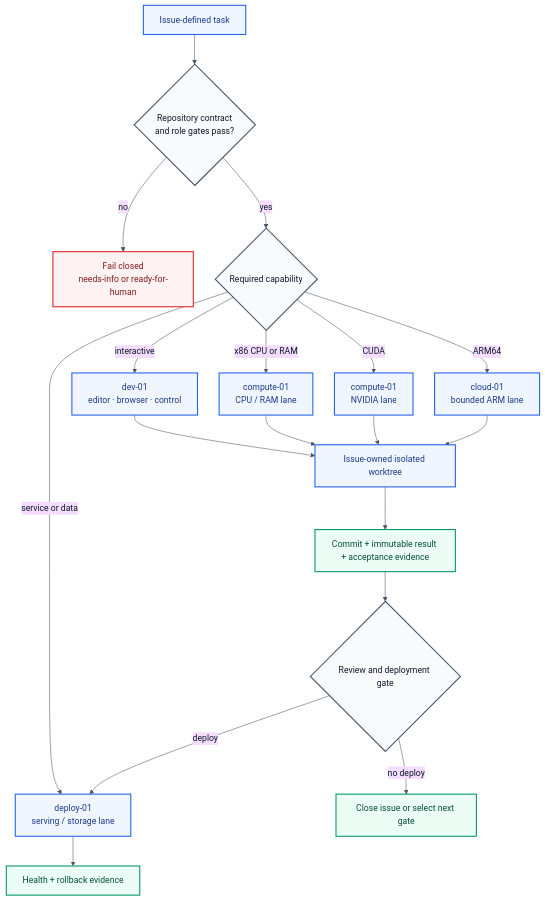
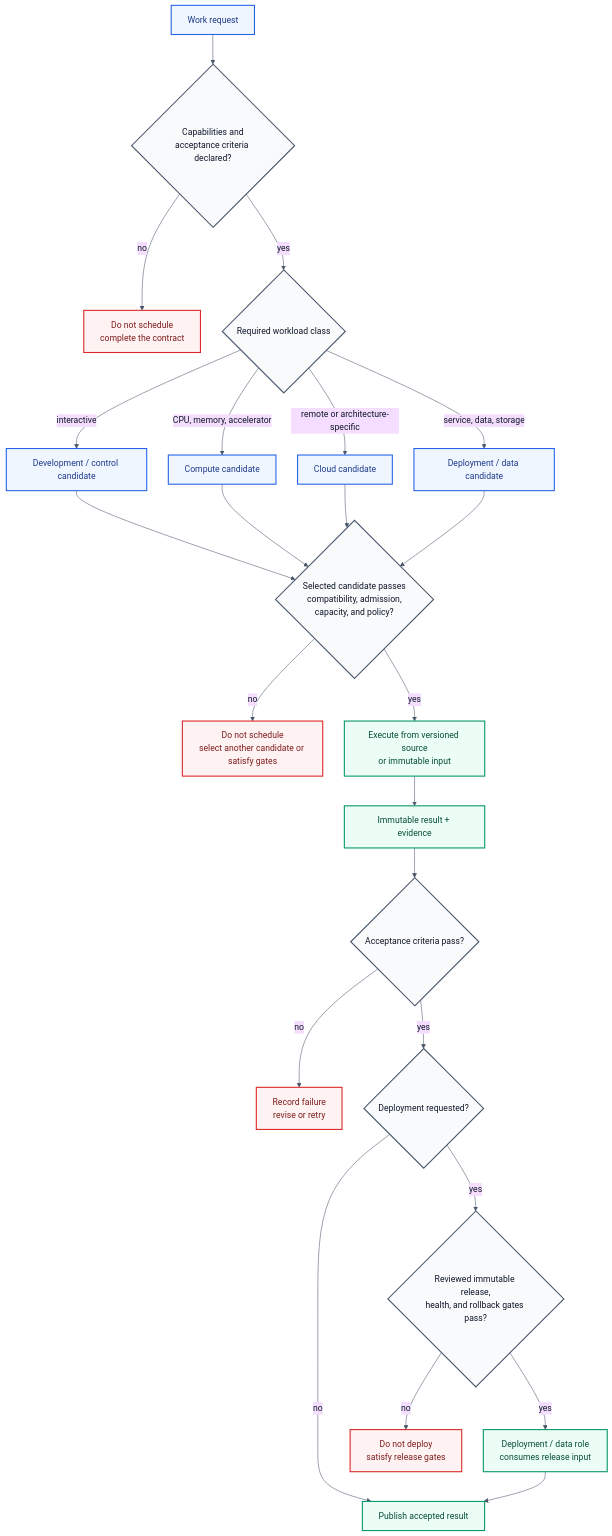
One commit to Kitkitkittt/heterogeneous-compute-fabric changed the diagram in docs/diagrams/workload-routing.mmd. Above: the diagram before and after it, drawn with Mermaid. The commit also changed 72 other files, not shown here.

```diff
--- a/docs/diagrams/workload-routing.mmd
+++ b/docs/diagrams/workload-routing.mmd
@@ -1,30 +1,39 @@
 %%{init: {"theme": "base", "themeVariables": {"fontFamily": "Inter, Segoe UI, sans-serif", "primaryTextColor": "#0f172a", "lineColor": "#475569"}, "flowchart": {"curve": "basis", "nodeSpacing": 40, "rankSpacing": 55}}}%%
 flowchart TB
-    Task["Issue-defined task"] --> Contract{"Repository contract<br/>and role gates pass?"}
-    Contract -- no --> Blocked["Fail closed<br/>needs-info or ready-for-human"]
-    Contract -- yes --> Kind{"Required capability"}
+    accTitle: Conceptual workload routing
+    accDescr: A declared workload selects a matching node archetype, then passes compatibility, admission, capacity, and policy gates before execution. Results are reviewed, while deployment additionally requires immutable release, health, and rollback gates.
 
-    Kind -- interactive --> Dev["dev-01<br/>editor · browser · control"]
-    Kind -- x86 CPU or RAM --> ComputeCPU["compute-01<br/>CPU / RAM lane"]
-    Kind -- CUDA --> ComputeGPU["compute-01<br/>NVIDIA lane"]
-    Kind -- ARM64 --> Cloud["cloud-01<br/>bounded ARM lane"]
-    Kind -- service or data --> Deploy["deploy-01<br/>serving / storage lane"]
+    Task["Work request"] --> Contract{"Capabilities and<br/>acceptance criteria declared?"}
+    Contract -- no --> ContractBlocked["Do not schedule<br/>complete the contract"]
+    Contract -- yes --> Kind{"Required workload class"}
 
-    Dev --> Worktree["Issue-owned isolated worktree"]
-    ComputeCPU --> Worktree
-    ComputeGPU --> Worktree
-    Cloud --> Worktree
-    Worktree --> Result["Commit + immutable result + acceptance evidence"]
-    Result --> Review{"Review and deployment gate"}
-    Review -- deploy --> Deploy
-    Review -- no deploy --> Done["Close issue or select next gate"]
-    Deploy --> Health["Health + rollback evidence"]
+    Kind -- interactive --> Dev["Development / control candidate"]
+    Kind -- CPU, memory, accelerator --> Compute["Compute candidate"]
+    Kind -- remote or architecture-specific --> Cloud["Cloud candidate"]
+    Kind -- service, data, storage --> Deploy["Deployment / data candidate"]
+
+    Dev --> Admission
+    Compute --> Admission
+    Cloud --> Admission
+    Deploy --> Admission
+    Admission{"Selected candidate passes<br/>compatibility, admission,<br/>capacity, and policy?"}
+    Admission -- no --> CandidateBlocked["Do not schedule<br/>select another candidate or satisfy gates"]
+    Admission -- yes --> Execute["Execute from versioned source<br/>or immutable input"]
+    Execute --> Result["Immutable result + evidence"]
+    Result --> Acceptance{"Acceptance criteria pass?"}
+    Acceptance -- no --> Rework["Record failure<br/>revise or retry"]
+    Acceptance -- yes --> Deployment{"Deployment requested?"}
+    Deployment -- no --> Publish["Publish accepted result"]
+    Deployment -- yes --> Release{"Reviewed immutable release,<br/>health, and rollback gates pass?"}
+    Release -- no --> DeployBlocked["Do not deploy<br/>satisfy release gates"]
+    Release -- yes --> DeployAction["Deployment / data role<br/>consumes release input"]
+    DeployAction --> Publish
 
     classDef decision fill:#f8fafc,stroke:#475569,color:#0f172a,stroke-width:2px;
     classDef blocked fill:#fef2f2,stroke:#dc2626,color:#7f1d1d,stroke-width:2px;
     classDef node fill:#eff6ff,stroke:#2563eb,color:#1e3a8a,stroke-width:2px;
     classDef evidence fill:#ecfdf5,stroke:#059669,color:#064e3b,stroke-width:2px;
-    class Contract,Kind,Review decision;
-    class Blocked blocked;
-    class Dev,ComputeCPU,ComputeGPU,Cloud,Deploy node;
-    class Result,Health,Done evidence;
+    class Contract,Kind,Admission,Acceptance,Deployment,Release decision;
+    class ContractBlocked,CandidateBlocked,DeployBlocked,Rework blocked;
+    class Dev,Compute,Cloud,Deploy node;
+    class Execute,Result,DeployAction,Publish evidence;
```
